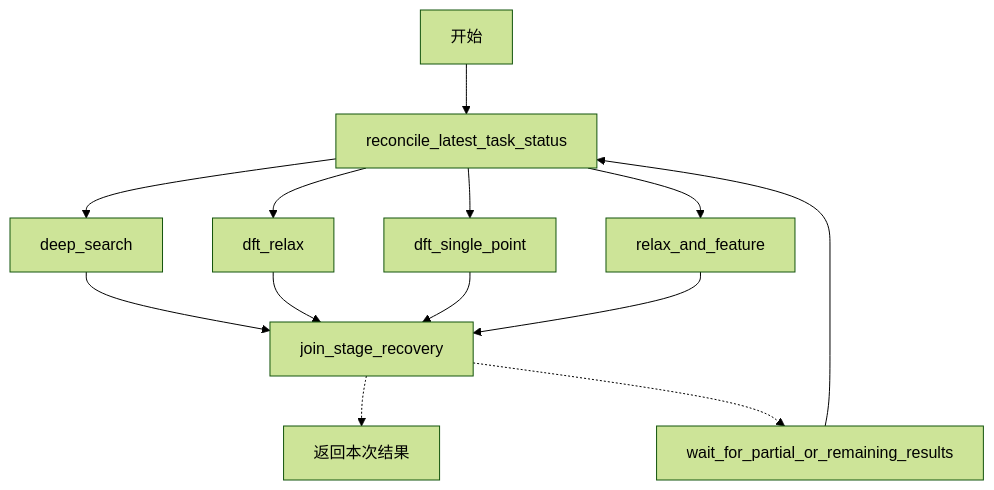
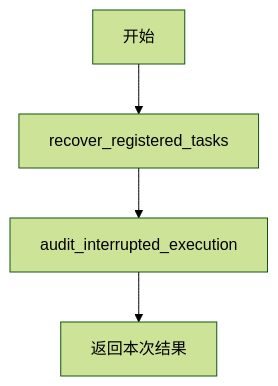
The fourth of 6 diagrams in docs/architecture/flow.md (Esseco/PhaseDiagramAgent), drawn with Mermaid (forest theme) before and after one commit. The commit also changed other lines of this file and 394 other files, not shown here.

````diff
--- a/docs/architecture/flow.md
+++ b/docs/architecture/flow.md
@@ -83,24 +91,10 @@
 ```mermaid
 flowchart TD
   n0["开始"]
-  n1["reconcile_latest_task_status"]
-  n2["relax_and_feature"]
-  n3["deep_search"]
-  n4["dft_single_point"]
-  n5["dft_relax"]
-  n6["join_stage_recovery"]
-  n7["wait_for_partial_or_remaining_results"]
-  n8["返回本次结果"]
+  n1["recover_registered_tasks"]
+  n2["audit_interrupted_execution"]
+  n3["返回本次结果"]
   n0 --> n1
-  n3 --> n6
-  n5 --> n6
-  n4 --> n6
-  n6 -.-> n8
-  n6 -.-> n7
-  n1 --> n3
-  n1 --> n5
-  n1 --> n4
   n1 --> n2
-  n2 --> n6
-  n7 --> n1
+  n2 --> n3
 ```
````
